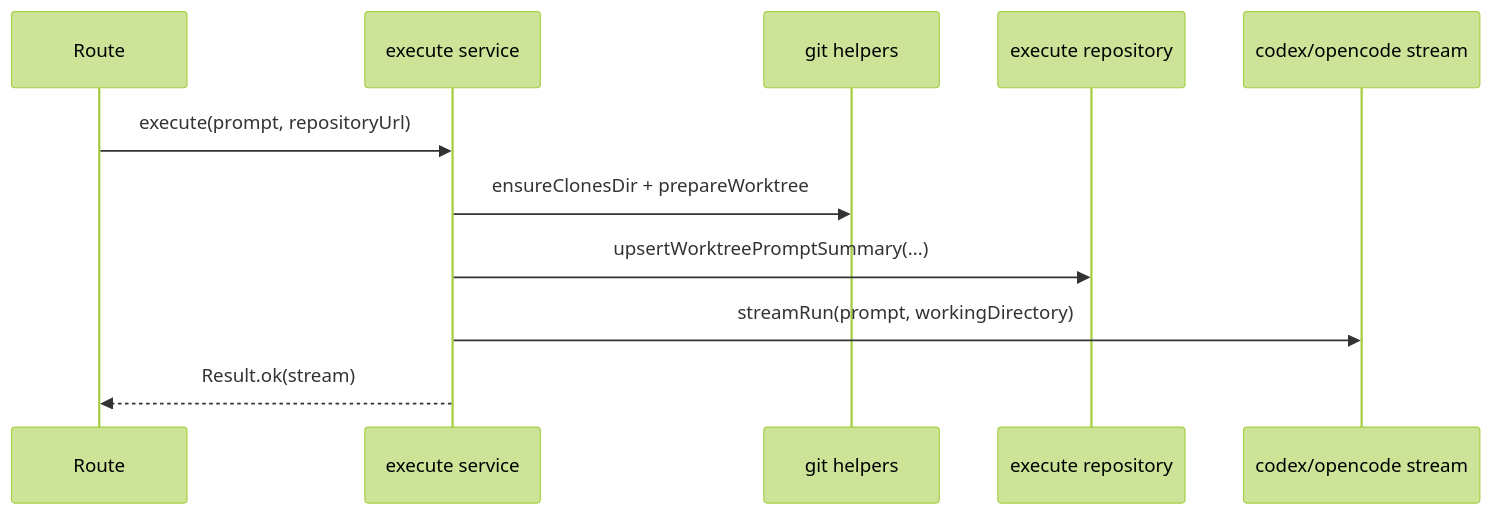
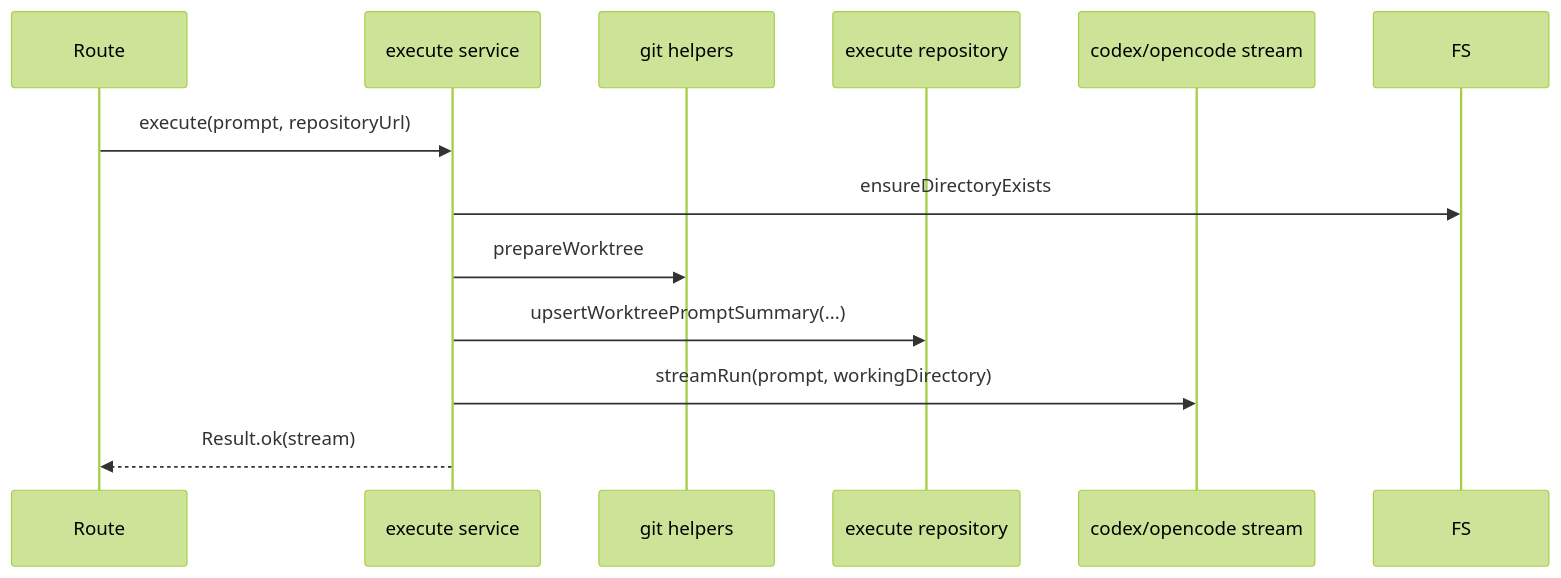
Before and after one commit to TurtleStoffel/tektite-console: the second of 3 diagrams in src/backend/domains/execute/README.md, drawn with Mermaid (forest theme). The commit also changed other lines of this file and 10 other files, not shown here.

````diff
--- a/src/backend/domains/execute/README.md
+++ b/src/backend/domains/execute/README.md
@@ -29,13 +30,14 @@
 ```mermaid
 sequenceDiagram
     participant Route
     participant Service as execute service
     participant Git as git helpers
     participant Repo as execute repository
     participant Runner as codex/opencode stream
     Route->>Service: execute(prompt, repositoryUrl)
-    Service->>Git: ensureClonesDir + prepareWorktree
+    Service->>FS: ensureDirectoryExists
+    Service->>Git: prepareWorktree
     Service->>Repo: upsertWorktreePromptSummary(...)
     Service->>Runner: streamRun(prompt, workingDirectory)
     Service-->>Route: Result.ok(stream)
 ```
````
